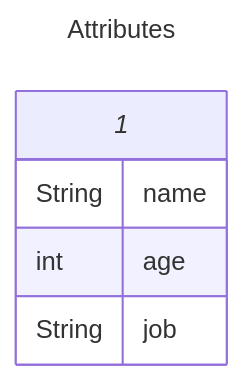
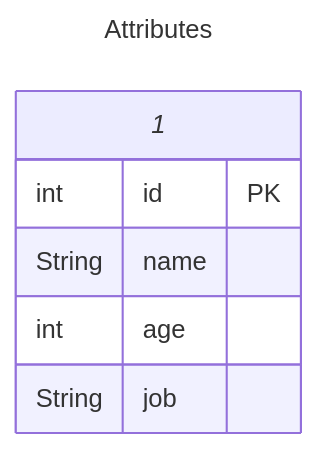
The diagram in src/_1_learn/_1_6_entity_relationship_diagram/_1_6_3_attribute/Attribute.mmd (M4MD24/LearnMermaid), drawn with Mermaid before and after one commit.

Commit message:
Update (Attribute) Example in ERD

```diff
--- a/src/_1_learn/_1_6_entity_relationship_diagram/_1_6_3_attribute/Attribute.mmd
+++ b/src/_1_learn/_1_6_entity_relationship_diagram/_1_6_3_attribute/Attribute.mmd
@@ -1,9 +1,10 @@
 ---
 title: Attributes
 ---
 erDiagram
     _1_ {
+        int id PK
         String name
         int age
         String job
     }
```
